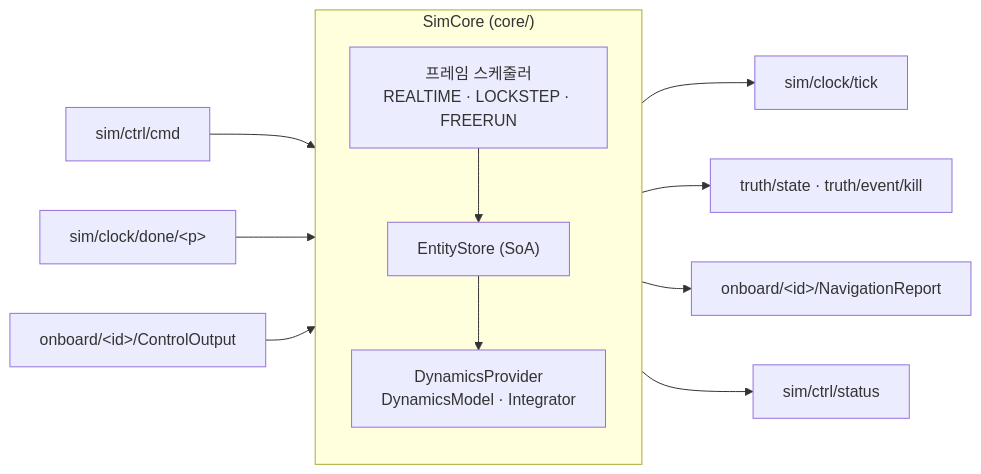
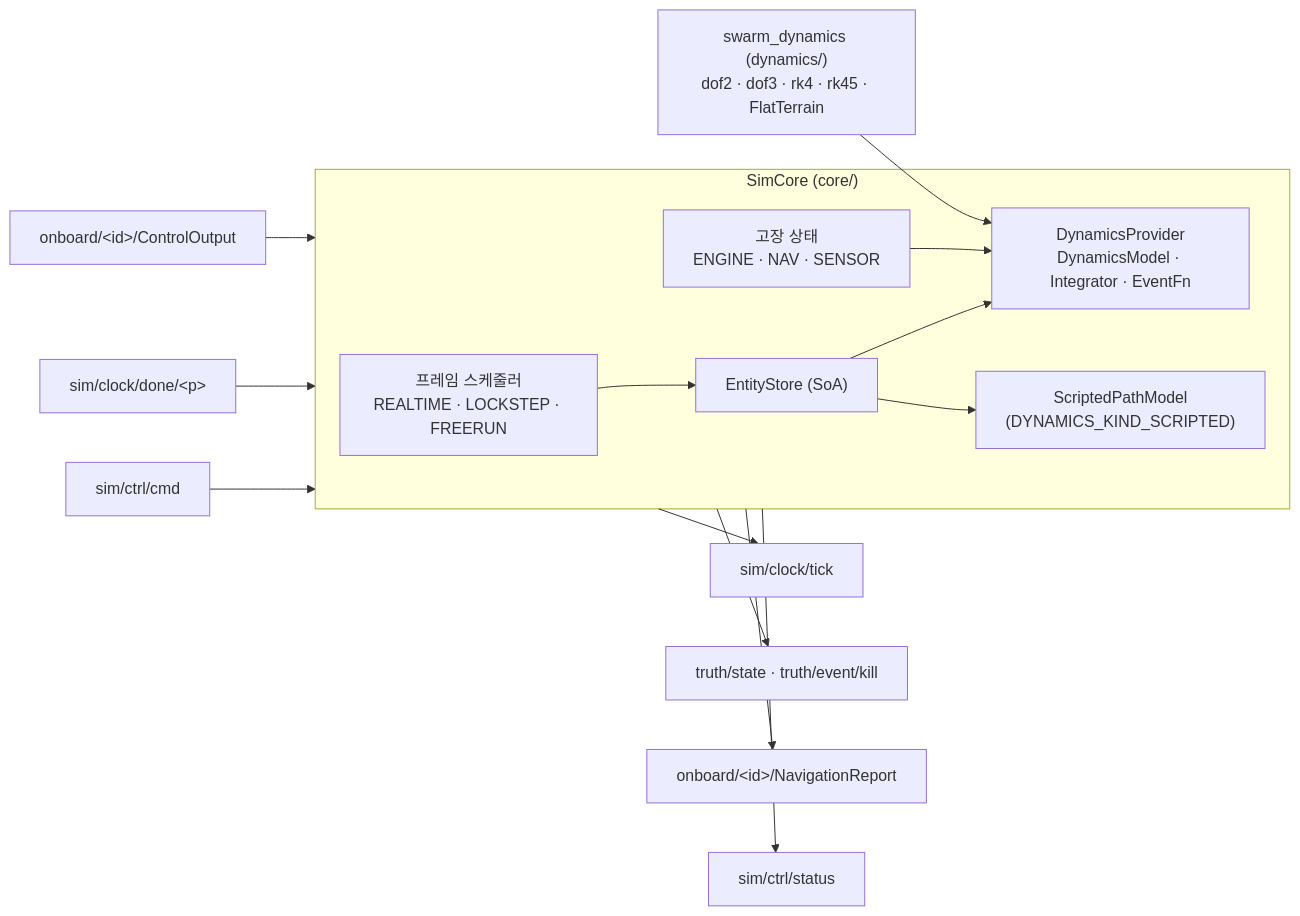
One commit to Kimbyung-wook/SwarmFlSim changed the diagram in core/TRACE.md. Above: the diagram before and after it, drawn with Mermaid. The commit also changed other lines of this file and 11 other files, not shown here.

````diff
--- a/core/TRACE.md
+++ b/core/TRACE.md
@@ -5,16 +5,21 @@
 ```mermaid
 flowchart LR
     CMD["sim/ctrl/cmd"] --> CORE
     DONE["sim/clock/done/&lt;p&gt;"] --> CORE
     CO["onboard/&lt;id&gt;/ControlOutput"] --> CORE
     subgraph CORE["SimCore (core/)"]
         SCH["프레임 스케줄러<br/>REALTIME · LOCKSTEP · FREERUN"]
         ES["EntityStore (SoA)"]
-        DP["DynamicsProvider<br/>DynamicsModel · Integrator"]
+        DP["DynamicsProvider<br/>DynamicsModel · Integrator · EventFn"]
+        SC["ScriptedPathModel<br/>(DYNAMICS_KIND_SCRIPTED)"]
+        FLT["고장 상태<br/>ENGINE · NAV · SENSOR"]
         SCH --> ES --> DP
+        ES --> SC
+        FLT --> DP
     end
+    WP2["swarm_dynamics (dynamics/)<br/>dof2 · dof3 · rk4 · rk45 · FlatTerrain"] --> DP
     CORE --> TICK["sim/clock/tick"]
     CORE --> TRUTH["truth/state · truth/event/kill"]
     CORE --> NAV["onboard/&lt;id&gt;/NavigationReport"]
     CORE --> ST["sim/ctrl/status"]
 ```
````
